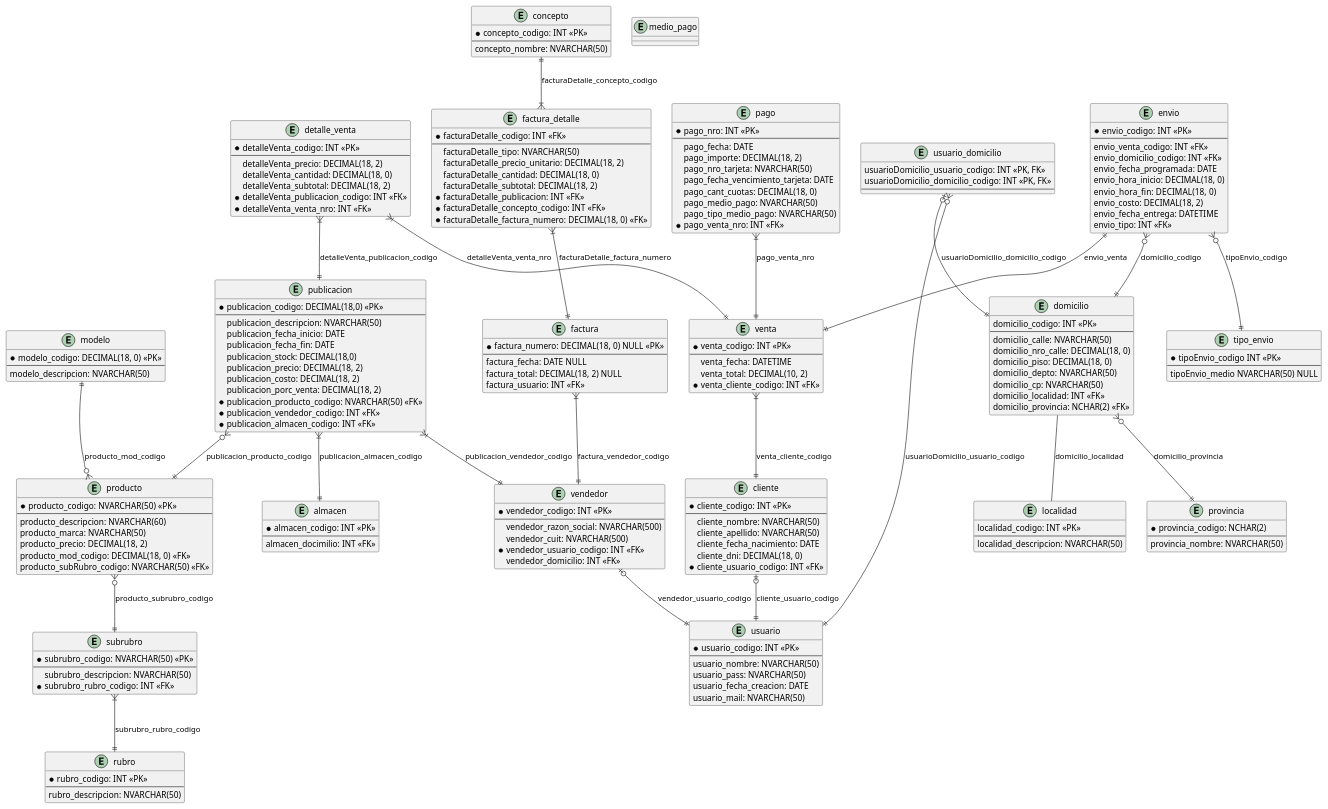
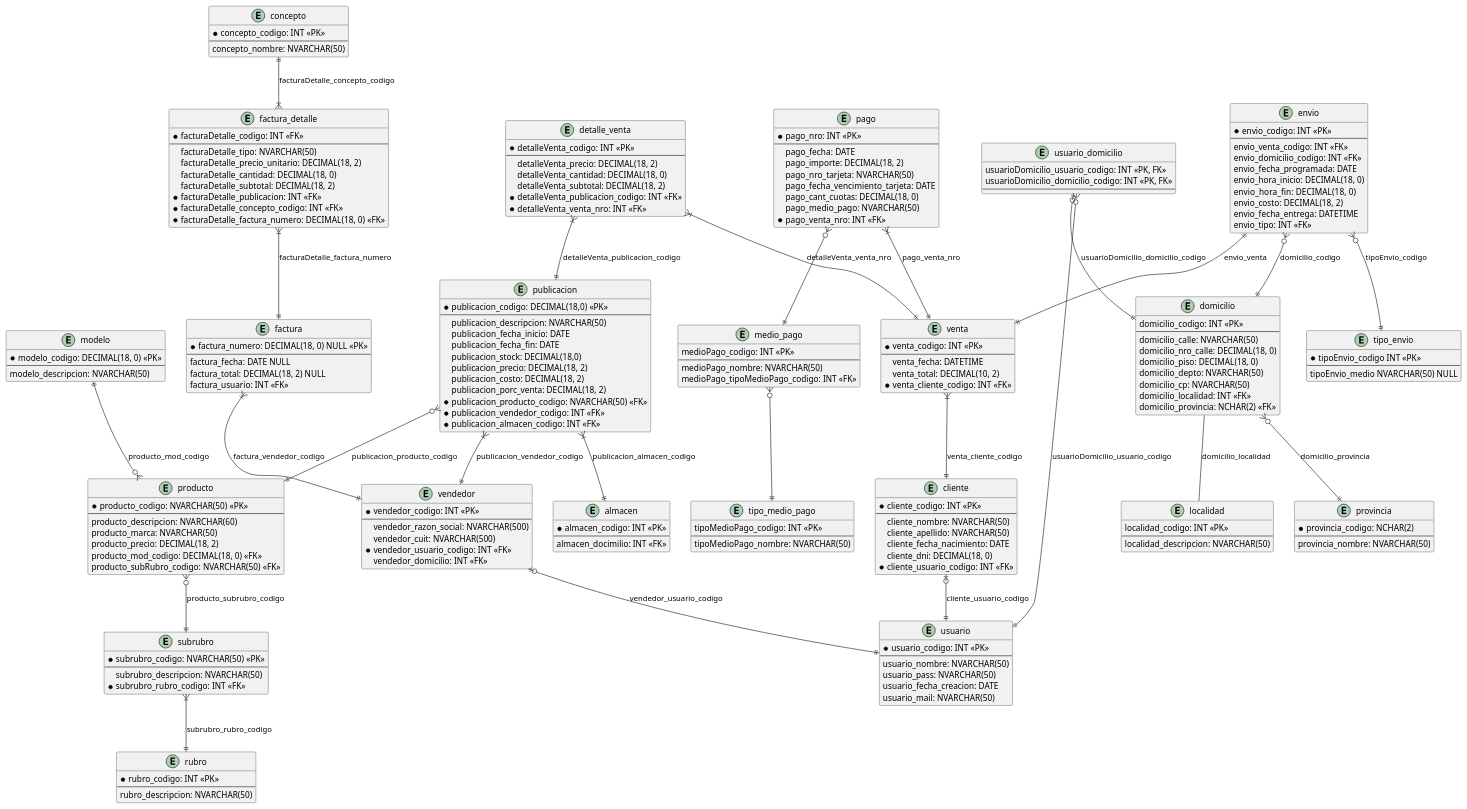
The diagram in diagramas/diagrama-entidad-relacion-inicial.puml (eitan-wajsberg/tp-gdd-2024-2C), drawn with PlantUML before and after one commit.

Commit message:
diagrama: agrego medio de pago

```diff
--- a/diagramas/diagrama-entidad-relacion-inicial.puml
+++ b/diagramas/diagrama-entidad-relacion-inicial.puml
@@ -96,12 +96,20 @@
     pago_fecha_vencimiento_tarjeta: DATE
     pago_cant_cuotas: DECIMAL(18, 0)
     pago_medio_pago: NVARCHAR(50)
-    pago_tipo_medio_pago: NVARCHAR(50)
     * pago_venta_nro: INT <<FK>>
 }
 
-entity "medio_pago"{
-  
+entity "medio_pago" {
+  medioPago_codigo: INT <<PK>>
+  --
+    medioPago_nombre: NVARCHAR(50)
+    medioPago_tipoMedioPago_codigo: INT <<FK>>
+}
+
+entity "tipo_medio_pago" {
+  tipoMedioPago_codigo: INT <<PK>>
+  --
+    tipoMedioPago_nombre: NVARCHAR(50)
 }
 
 entity "usuario" {
@@ -218,4 +226,7 @@
 envio }o--|| domicilio : "domicilio_codigo"
 envio ||--|| venta : "envio_venta"
 
+pago }o--|| medio_pago
+medio_pago }o--|| tipo_medio_pago
+
 @enduml
```
